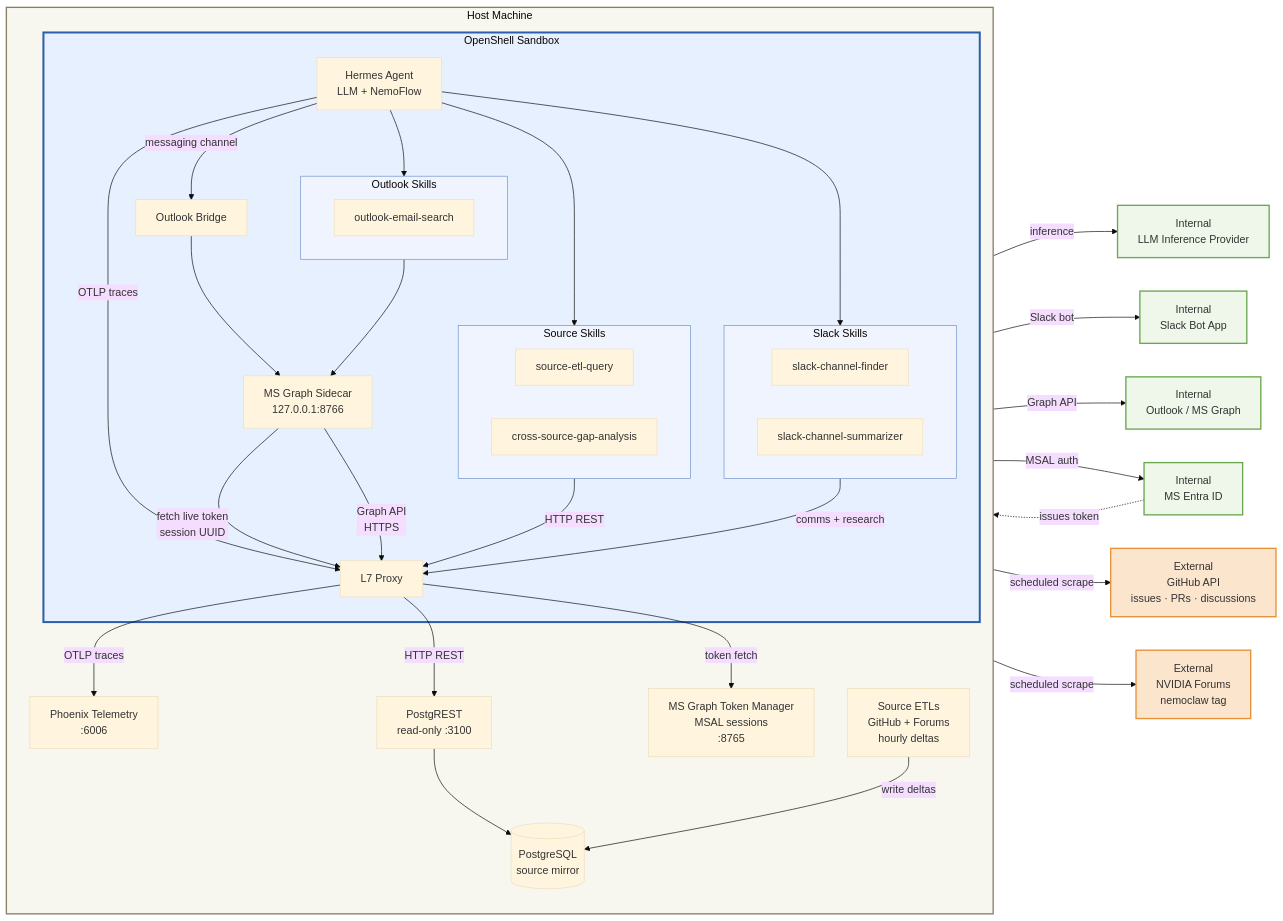
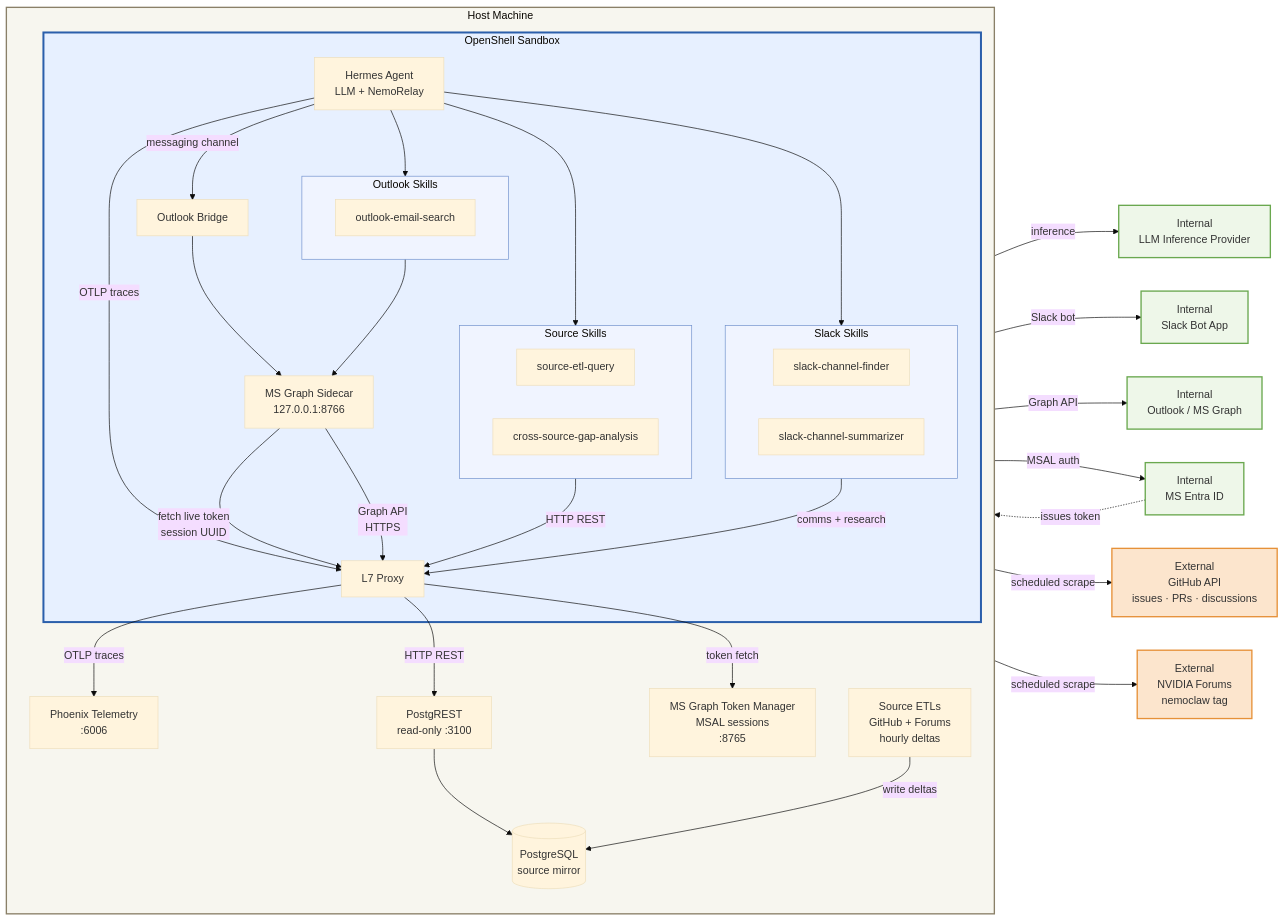
One commit to NVIDIA/nemoclaw-community changed the diagram in examples/personal-community-sentiment-triage/README.md. Above: the diagram before and after it, drawn with Mermaid (base theme). The commit also changed other lines of this file and 13 other files, not shown here.

Commit message:
Update Hermes integration to use NeMo-Relay

```diff
--- a/examples/personal-community-sentiment-triage/README.md
+++ b/examples/personal-community-sentiment-triage/README.md
@@ -32,7 +32,7 @@
         direction TB
 
         subgraph sandbox["OpenShell Sandbox"]
-            agent["Hermes Agent\nLLM + NemoFlow"]
+            agent["Hermes Agent\nLLM + NemoRelay"]
             outlookBridge["Outlook Bridge"]
             credSidecar["MS Graph Sidecar\n127.0.0.1:8766"]
 
```
